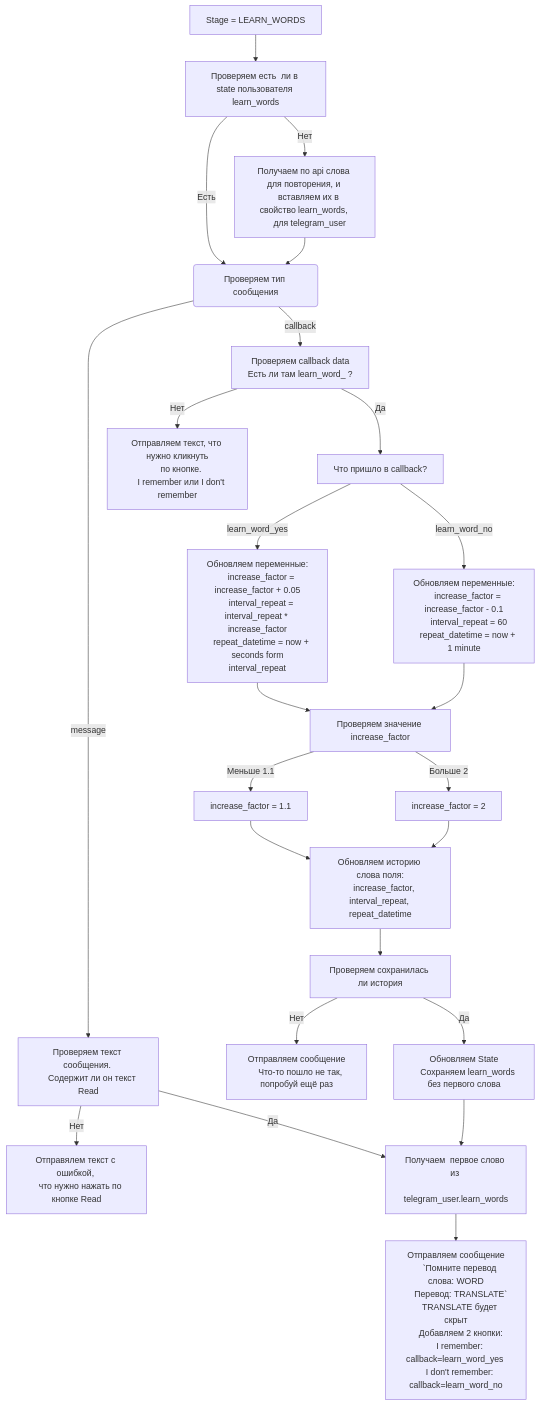
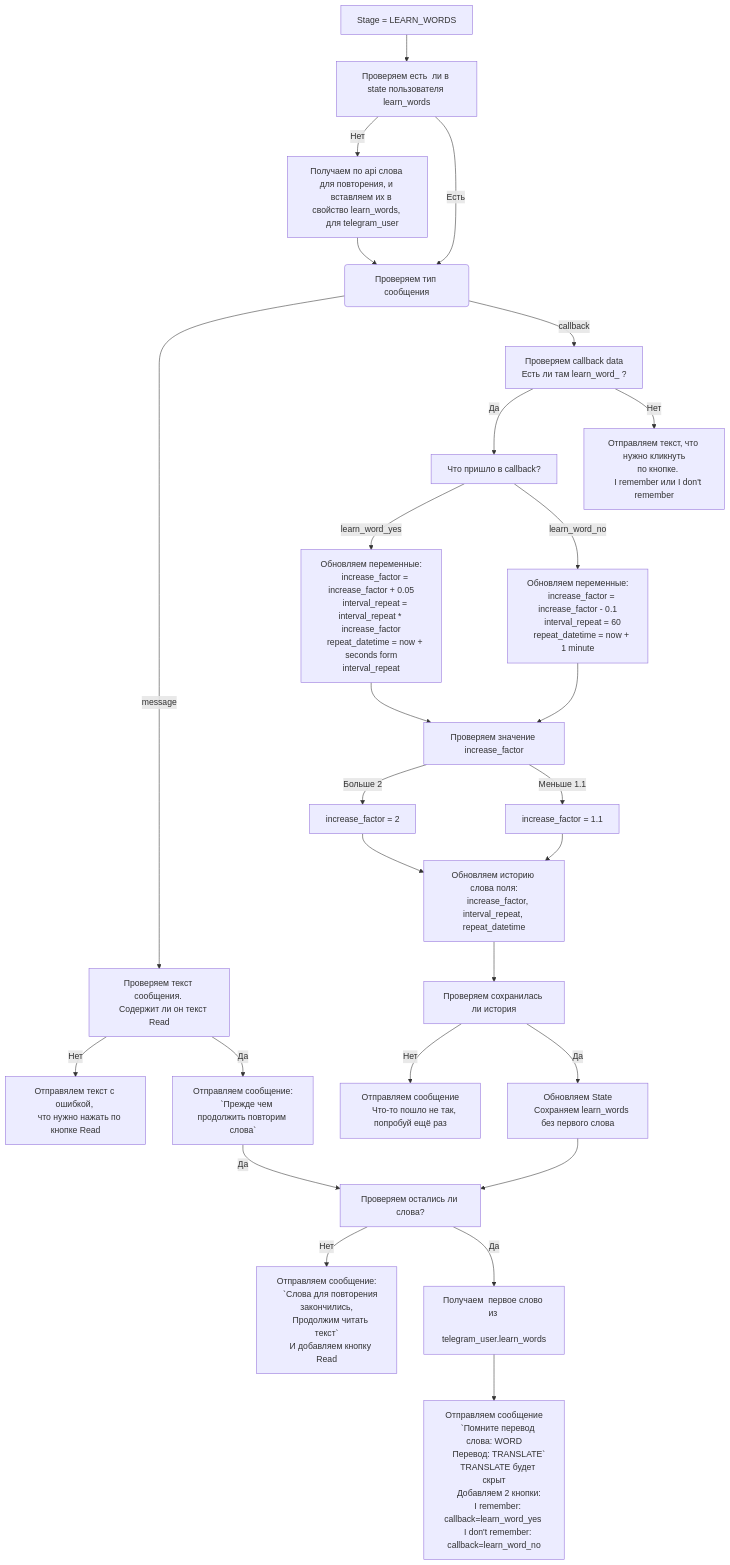
One commit to psgaiduk/learning_en_telegram_bot changed the diagram in documentation/leran_words.md. Above: the diagram before and after it, drawn with Mermaid.

Commit message:
docs(documentation): complete logic LEARN_WORDS

````diff
--- a/documentation/leran_words.md
+++ b/documentation/leran_words.md
@@ -1,59 +1,68 @@
 ```mermaid
 graph TD;
     start[Stage = LEARN_WORDS] --> check_state_words[Проверяем есть  ли в state пользователя learn_words];
     check_state_words-->|Нет| dont_have_words[
     Получаем по api слова для повторения, и 
     вставляем их в свойство learn_words, 
     для telegram_user
     ]
     check_state_words --> |Есть| check_type_message(Проверяем тип сообщения)
     dont_have_words --> check_type_message
     check_type_message --> |message| check_text_message[Проверяем текст сообщения. 
     Содержит ли он текст Read]
     check_type_message --> |callback| check_callback_data[Проверяем callback data
     Есть ли там learn_word_ ?]
     check_text_message --> |Нет| wrong_text_message[Отправялем текст с ошибкой, 
     что нужно нажать по кнопке Read]
     check_callback_data --> |Да| check_callback_answer[Что пришло в callback?]
     check_callback_answer --> |learn_word_yes| remember_word[Обновляем переменные:
     increase_factor = increase_factor + 0.05
     interval_repeat = interval_repeat * increase_factor
     repeat_datetime = now +  seconds form interval_repeat]
     check_callback_answer --> |learn_word_no| dont_remember_word[Обновляем переменные:
     increase_factor = increase_factor - 0.1
     interval_repeat = 60
     repeat_datetime = now + 1 minute]
     remember_word --> check_increase_factor[Проверяем значение increase_factor]
     dont_remember_word --> check_increase_factor
     check_increase_factor --> |Больше 2| more_2_increase_factor[increase_factor = 2]
     check_increase_factor --> |Меньше 1.1| less_1.1_increase_factor[increase_factor = 1.1]
     less_1.1_increase_factor --> save_words_history
     more_2_increase_factor --> save_words_history[
     Обновляем историю слова поля:
     increase_factor, interval_repeat, repeat_datetime
     ]
     save_words_history --> check_save_words_history[Проверяем сохранилась ли история]
     check_save_words_history --> |Нет| bad_save_words_history[
     Отправляем сообщение
     Что-то пошло не так, попробуй ещё раз
     ]
     check_save_words_history --> |Да| good_save_words_history[
     Обновляем State
     Сохраняем learn_words без первого слова
     ]
     check_callback_data --> |Нет| wrong_callback_data[Отправляем текст, что нужно кликнуть
     по кнопке. 
     I remember или I don't remember]
-    check_text_message --> |Да| get_first_word[Получаем  первое слово из 
+    check_text_message --> |Да| send_first_message[
+    Отправляем сообщение:
+    `Прежде чем продолжить повторим слова`]
+    send_first_message --> |Да| check_learn_words[Проверяем остались ли слова?]
+    check_learn_words --> |Нет| send_last_message[
+    Отправляем сообщение:
+    `Слова для повторения закончились,
+    Продолжим читать текст`
+    И добавляем кнопку Read] 
+    check_learn_words --> |Да| get_first_word[Получаем  первое слово из 
     telegram_user.learn_words]
-    good_save_words_history --> get_first_word
+    good_save_words_history --> check_learn_words
         get_first_word --> send_message[
         Отправляем сообщение
     `Помните перевод слова: WORD
     Перевод: TRANSLATE`
     TRANSLATE будет скрыт
     Добавляем 2 кнопки:
     I remember: callback=learn_word_yes 
     I don't remember: callback=learn_word_no
     ]
 ```
````
